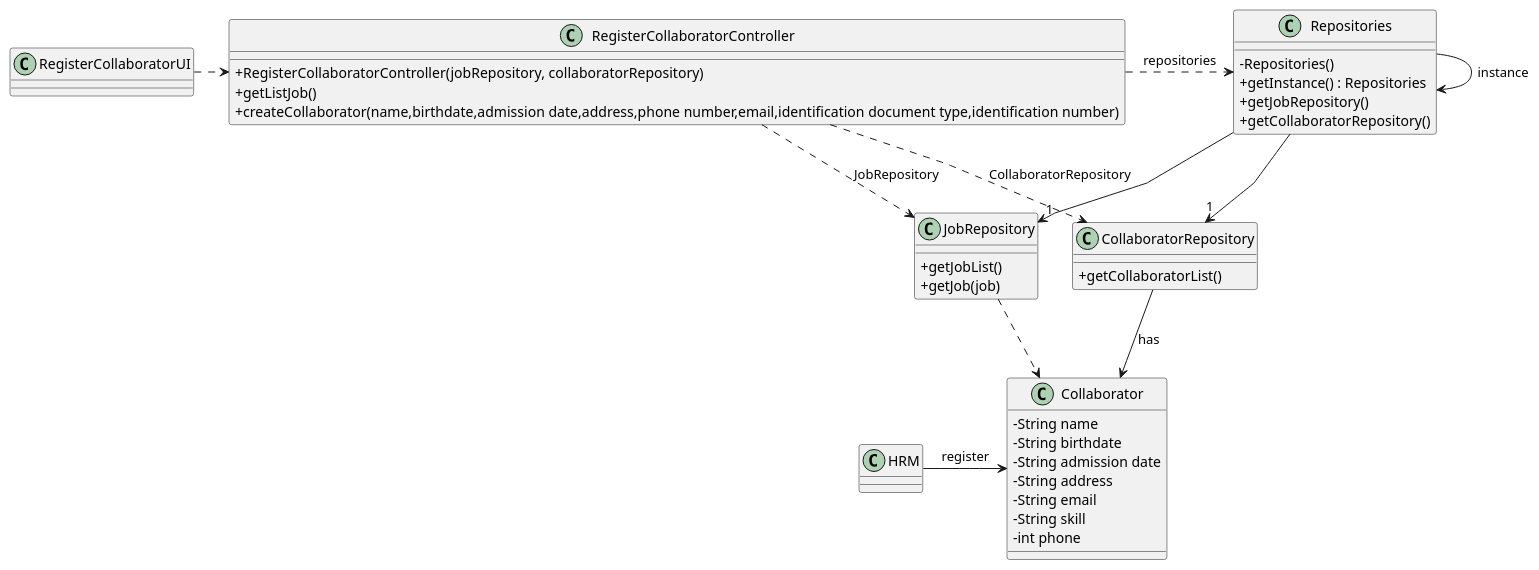
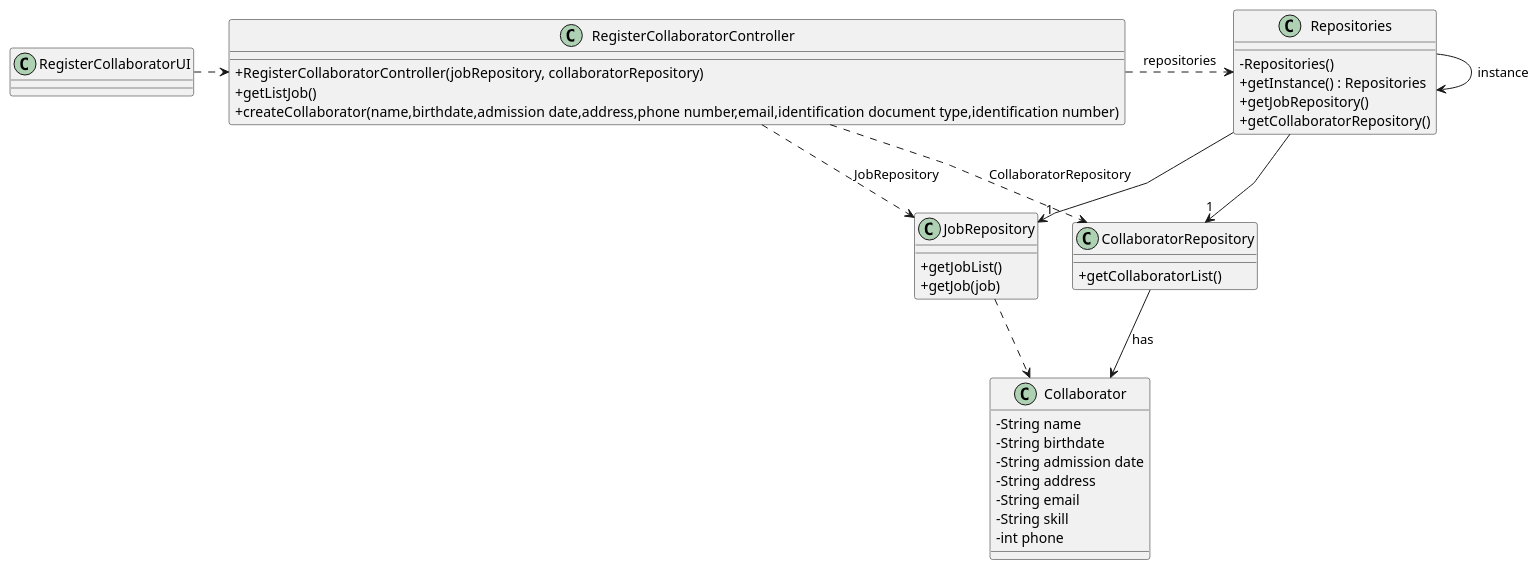
One commit to Departamento-de-Engenharia-Informatica/lei-24-s2-1dkl-g134 changed the diagram in docs/sprintB/us003/03.design/puml/us003-class-diagram.puml. Above: the diagram before and after it, drawn with PlantUML. The commit also changed 4 other files, not shown here.

Commit message:
Some updates on Class diagram of US003 and US006

```diff
--- a/docs/sprintB/us003/03.design/puml/us003-class-diagram.puml
+++ b/docs/sprintB/us003/03.design/puml/us003-class-diagram.puml
@@ -1,66 +1,63 @@
 @startuml
 'skinparam monochrome true
 skinparam packageStyle rectangle
 skinparam shadowing false
 skinparam linetype polyline
 'skinparam linetype orto
 
 skinparam classAttributeIconSize 0
 
 'left to right direction
 class RegisterCollaboratorUI {
 }
 
 class RegisterCollaboratorController {
     + RegisterCollaboratorController(jobRepository, collaboratorRepository)
     + getListJob()
     + createCollaborator(name,birthdate,admission date,address,phone number,email,identification document type,identification number)
 
 }
 class Repositories {
     - Repositories()
     + getInstance() : Repositories
     + getJobRepository()
     + getCollaboratorRepository()
 }
 
 class JobRepository {
     + getJobList()
     + getJob(job)
 }
 
 class CollaboratorRepository {
     + getCollaboratorList()
 }
 
 class Collaborator{
 - String name
 - String birthdate
 - String admission date
 - String address
 - String email
 - String skill
 - int phone
 }
 
-class HRM{
-}
 
 
 
 
 
 
 Repositories -> Repositories : instance
 RegisterCollaboratorUI .> RegisterCollaboratorController
 RegisterCollaboratorController .> Repositories : repositories
 Repositories -> "1" JobRepository
 RegisterCollaboratorController ..> CollaboratorRepository : CollaboratorRepository
 RegisterCollaboratorController ..> JobRepository : JobRepository
 JobRepository ..> Collaborator
 CollaboratorRepository -> Collaborator: has
-HRM -> Collaborator: register
 Repositories --> "1" CollaboratorRepository
 
 
 @enduml
```
